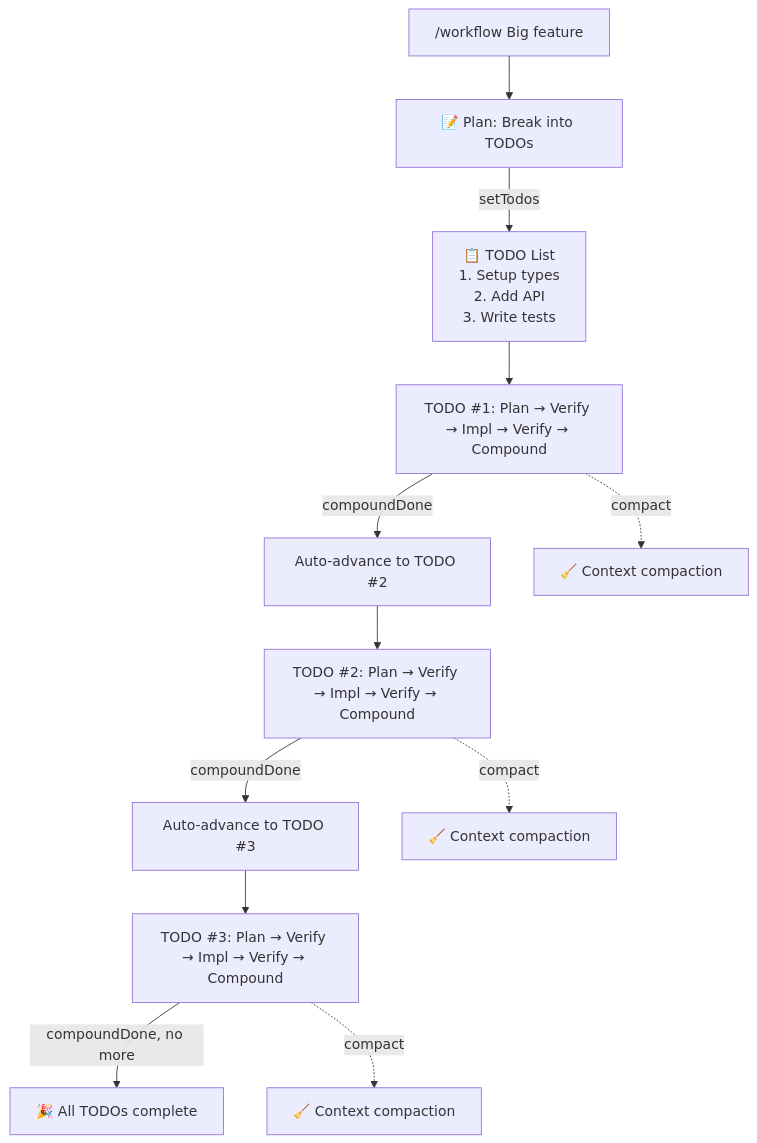
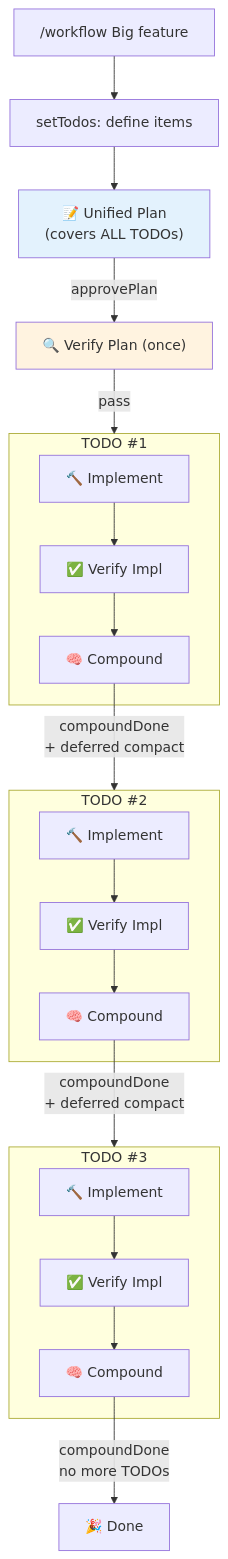
One commit to popododo0720/pi-stuff changed the fourth of 7 diagrams in ARCHITECTURE.md. Above: the diagram before and after it, drawn with Mermaid. The commit also changed other lines of this file and 15 other files, not shown here.

Commit message:
feat(workflow): repomap + verification summarization + context/race fixes

````diff
--- a/ARCHITECTURE.md
+++ b/ARCHITECTURE.md
@@ -104,16 +142,31 @@
 ```mermaid
 flowchart TD
-    START["/workflow Big feature"] --> PLAN1["📝 Plan: Break into TODOs"]
-    PLAN1 -->|setTodos| TODOS["📋 TODO List<br/>1. Setup types<br/>2. Add API<br/>3. Write tests"]
-    
-    TODOS --> CYCLE1["TODO #1: Plan → Verify → Impl → Verify → Compound"]
-    CYCLE1 -->|compoundDone| ADV1["Auto-advance to TODO #2"]
-    ADV1 --> CYCLE2["TODO #2: Plan → Verify → Impl → Verify → Compound"]
-    CYCLE2 -->|compoundDone| ADV2["Auto-advance to TODO #3"]
-    ADV2 --> CYCLE3["TODO #3: Plan → Verify → Impl → Verify → Compound"]
-    CYCLE3 -->|compoundDone, no more| DONE["🎉 All TODOs complete"]
-    
-    CYCLE1 -.->|compact| CLN1["🧹 Context compaction"]
-    CYCLE2 -.->|compact| CLN2["🧹 Context compaction"]
-    CYCLE3 -.->|compact| CLN3["🧹 Context compaction"]
+    START["/workflow Big feature"] --> SET["setTodos: define items"]
+    SET --> PLAN["📝 Unified Plan<br/>(covers ALL TODOs)"]
+    PLAN -->|approvePlan| VERIFY_P["🔍 Verify Plan (once)"]
+    VERIFY_P -->|pass| TODO1
+
+    subgraph TODO1["TODO #1"]
+        IMPL1["🔨 Implement"] --> VI1["✅ Verify Impl"]
+        VI1 --> COMP1["🧠 Compound"]
+    end
+
+    COMP1 -->|"compoundDone<br/>+ deferred compact"| TODO2
+
+    subgraph TODO2["TODO #2"]
+        IMPL2["🔨 Implement"] --> VI2["✅ Verify Impl"]
+        VI2 --> COMP2["🧠 Compound"]
+    end
+
+    COMP2 -->|"compoundDone<br/>+ deferred compact"| TODO3
+
+    subgraph TODO3["TODO #3"]
+        IMPL3["🔨 Implement"] --> VI3["✅ Verify Impl"]
+        VI3 --> COMP3["🧠 Compound"]
+    end
+
+    COMP3 -->|"compoundDone<br/>no more TODOs"| DONE["🎉 Done"]
+
+    style PLAN fill:#e3f2fd
+    style VERIFY_P fill:#fff3e0
 ```
````
